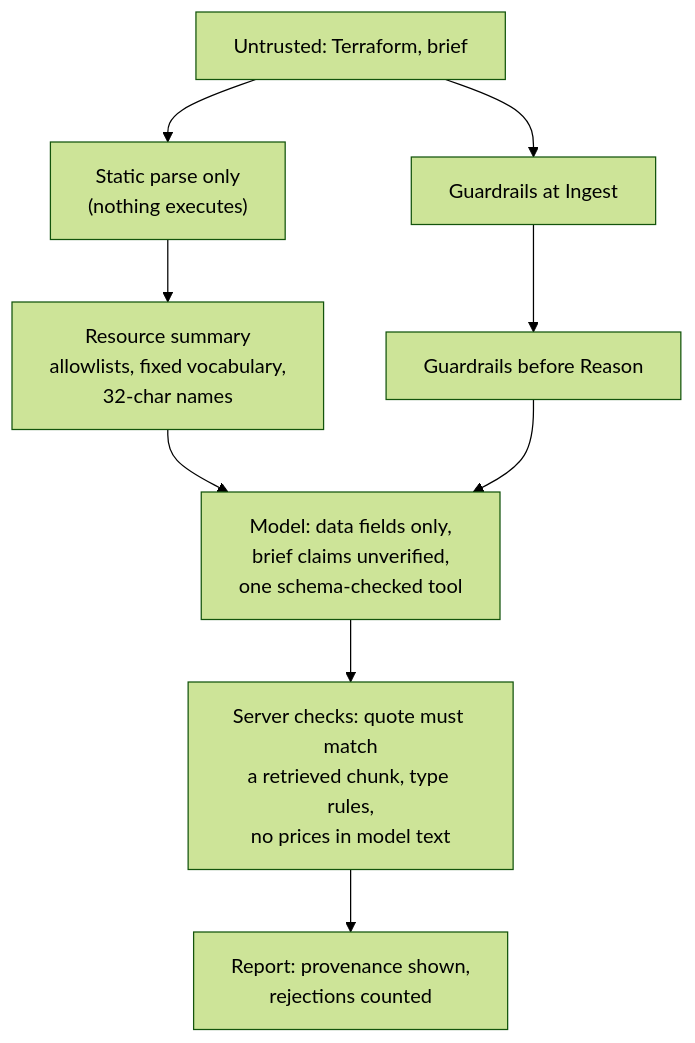
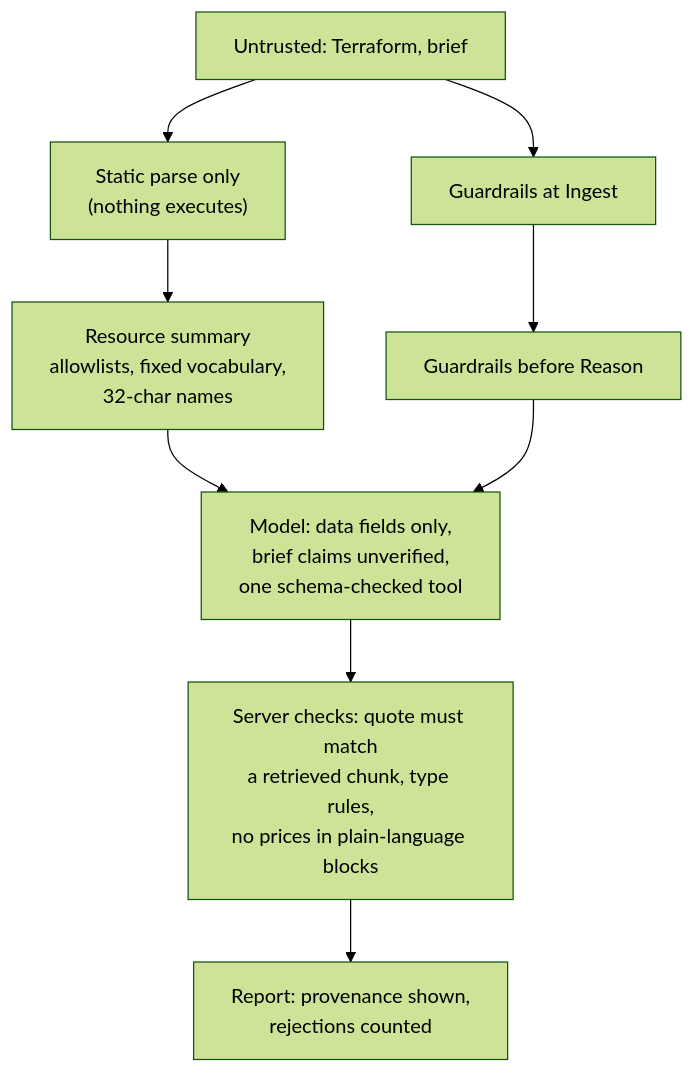
The fourth of 4 diagrams in docs/system-walkthrough.md (nandohtorres/archibrief), drawn with Mermaid (forest theme) before and after one commit. The commit also changed other lines of this file and 9 other files, not shown here.

````diff
--- a/docs/system-walkthrough.md
+++ b/docs/system-walkthrough.md
@@ -153,11 +153,11 @@
 ```mermaid
 flowchart TB
     In["Untrusted: Terraform, brief"] --> P["Static parse only<br/>(nothing executes)"]
     P --> S["Resource summary<br/>allowlists, fixed vocabulary,<br/>32-char names"]
     In --> G1["Guardrails at Ingest"]
     G1 --> G2["Guardrails before Reason"]
     S --> M["Model: data fields only,<br/>brief claims unverified,<br/>one schema-checked tool"]
     G2 --> M
-    M --> V["Server checks: quote must match<br/>a retrieved chunk, type rules,<br/>no prices in model text"]
+    M --> V["Server checks: quote must match<br/>a retrieved chunk, type rules,<br/>no prices in plain-language blocks"]
     V --> R["Report: provenance shown,<br/>rejections counted"]
 ```
````
